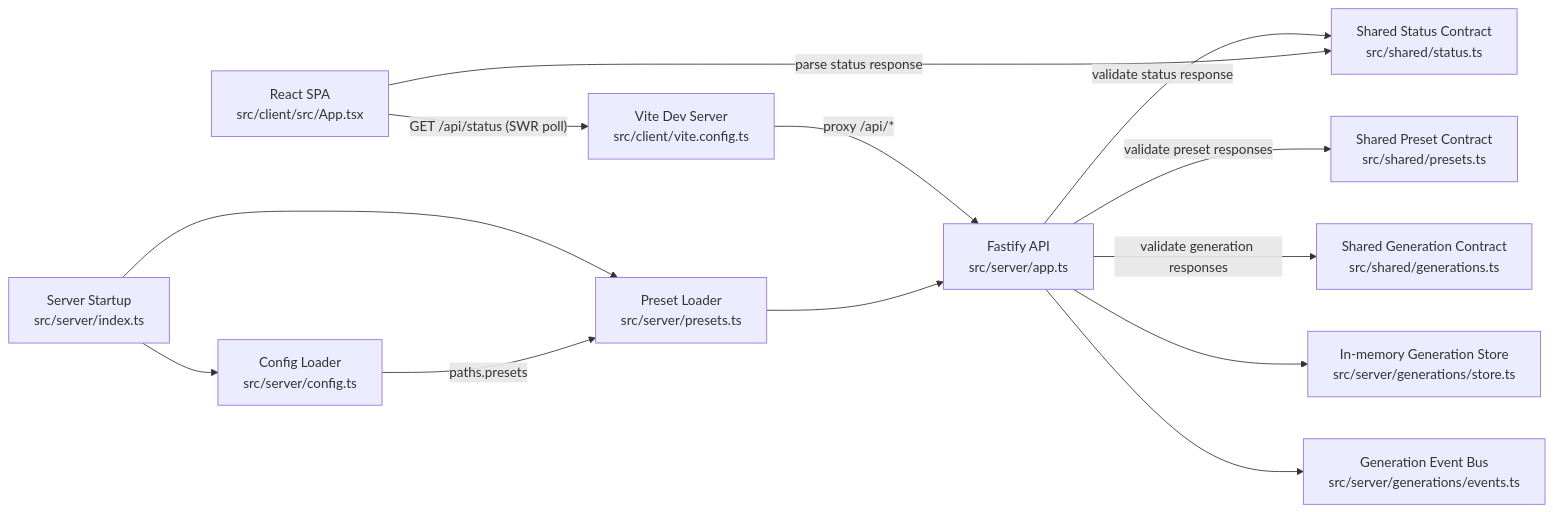
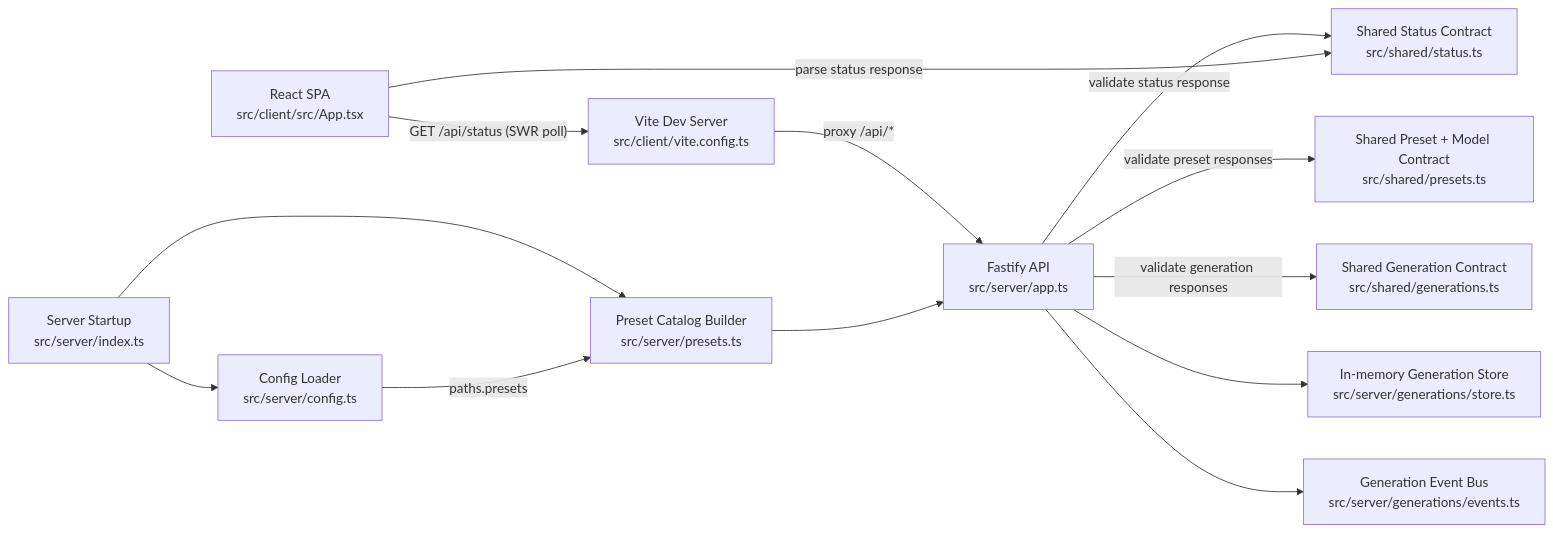
The first of 3 diagrams in docs/architecture.MD (marianban/fuzzy-guacamole), drawn with Mermaid before and after one commit. The commit also changed other lines of this file and 16 other files, not shown here.

First line of the commit message:
feat: enhance preset model handling and validation

````diff
--- a/docs/architecture.MD
+++ b/docs/architecture.MD
@@ -7,27 +7,27 @@
 ```mermaid
 flowchart LR
   Browser["React SPA<br/>src/client/src/App.tsx"]
   Vite["Vite Dev Server<br/>src/client/vite.config.ts"]
   API["Fastify API<br/>src/server/app.ts"]
   SharedStatus["Shared Status Contract<br/>src/shared/status.ts"]
-  SharedPresets["Shared Preset Contract<br/>src/shared/presets.ts"]
+  SharedPresets["Shared Preset + Model Contract<br/>src/shared/presets.ts"]
   SharedGenerations["Shared Generation Contract<br/>src/shared/generations.ts"]
   Startup["Server Startup<br/>src/server/index.ts"]
   Config["Config Loader<br/>src/server/config.ts"]
-  Presets["Preset Loader<br/>src/server/presets.ts"]
+  Presets["Preset Catalog Builder<br/>src/server/presets.ts"]
   GenerationStore["In-memory Generation Store<br/>src/server/generations/store.ts"]
   GenerationEvents["Generation Event Bus<br/>src/server/generations/events.ts"]
 
   Browser -->|"GET /api/status (SWR poll)"| Vite
   Vite -->|"proxy /api/*"| API
   API -->|"validate status response"| SharedStatus
   API -->|"validate preset responses"| SharedPresets
   API -->|"validate generation responses"| SharedGenerations
   Browser -->|"parse status response"| SharedStatus
   Startup --> Config
   Startup --> Presets
   Config -->|"paths.presets"| Presets
   Presets --> API
   API --> GenerationStore
   API --> GenerationEvents
 ```
````
